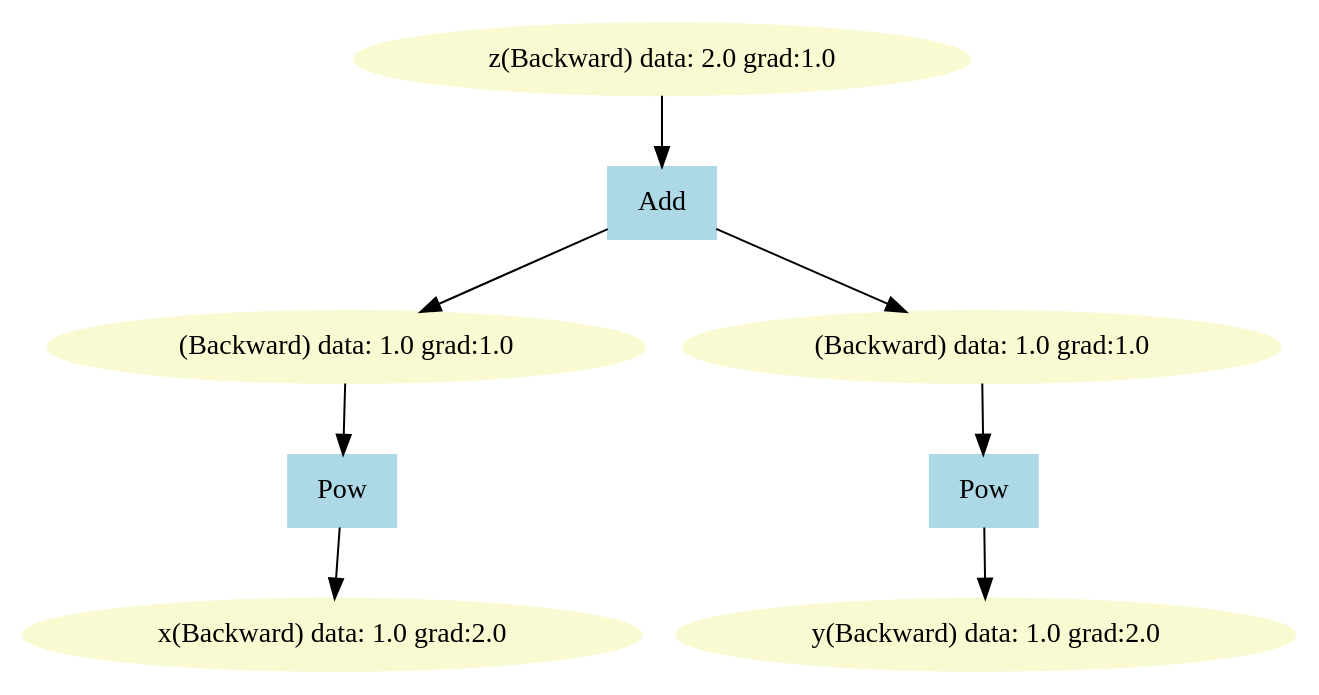
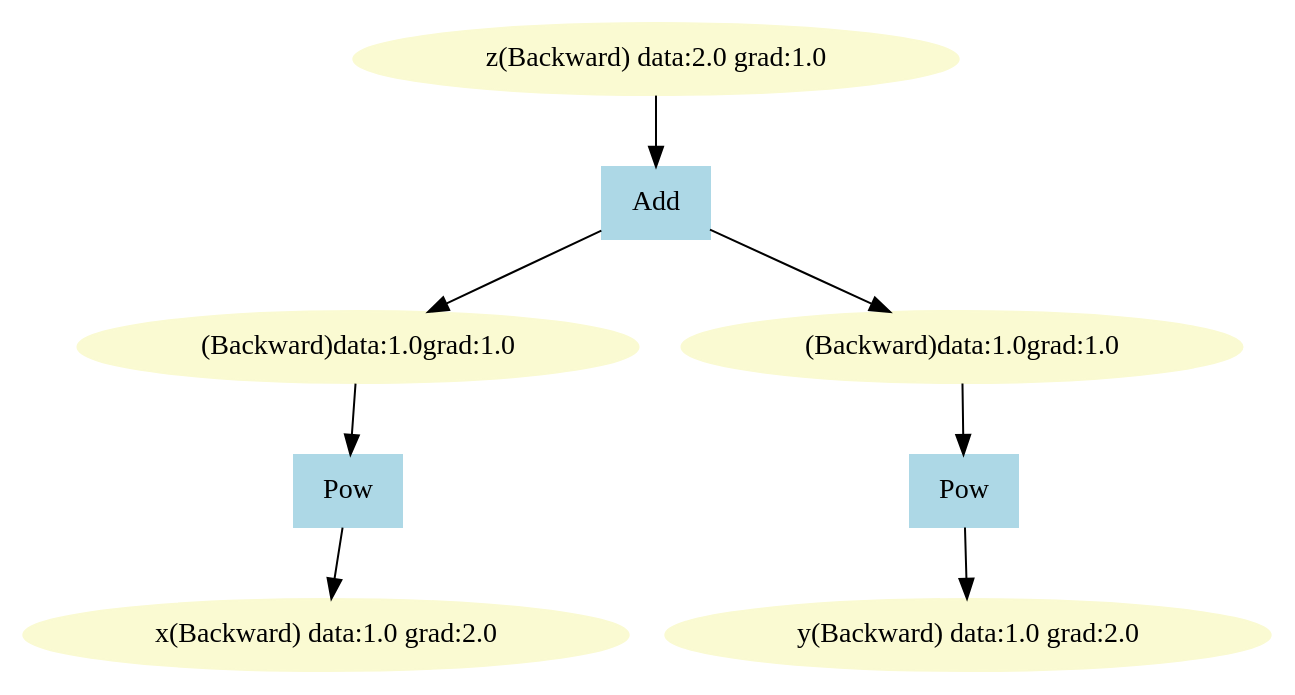
One commit to ZeweiLi999/Large_Model_From_None changed the diagram in LearnTorch_ALL/TeachImage/CGMap/sphereBackward.dot. Above: the diagram before and after it, drawn with Graphviz. The commit also changed 47 other files, not shown here.

Commit message:
1.支持自动计算高阶导数，重写多个函数mul sub pow sin，新增cos函数 ；2.添加新可视化图片sin导数和y=x**4导数，新增GIF牛顿法可视化对比；3.重写readme为相对路径引用；4.为VirtualAssistant添加images文件夹

```diff
--- a/LearnTorch_ALL/TeachImage/CGMap/sphereBackward.dot
+++ b/LearnTorch_ALL/TeachImage/CGMap/sphereBackward.dot
@@ -1,17 +1,17 @@
 digraph g {
-2714442466928 [label="z(Backward) data: 2.0 grad:1.0", color=lightgoldenrodyellow, style=filled]
-2714442466736 [label ="Add", color=lightblue, style=filled, shape=box]
-2714442466736 -> 2714442466592
-2714442466736 -> 2714442466784
-2714442466928 -> 2714442466736
-2714442466592 [label="(Backward) data: 1.0 grad:1.0", color=lightgoldenrodyellow, style=filled]
-2714442466784 [label="(Backward) data: 1.0 grad:1.0", color=lightgoldenrodyellow, style=filled]
-2714442466448 [label ="Pow", color=lightblue, style=filled, shape=box]
-2714442466448 -> 2716550835600
-2714442466784 -> 2714442466448
-2716550835600 [label="y(Backward) data: 1.0 grad:2.0", color=lightgoldenrodyellow, style=filled]
-2716550835504 [label ="Pow", color=lightblue, style=filled, shape=box]
-2716550835504 -> 2716550835648
-2714442466592 -> 2716550835504
-2716550835648 [label="x(Backward) data: 1.0 grad:2.0", color=lightgoldenrodyellow, style=filled]
+Backward2667169647728 [label="z(Backward) data:2.0 grad:1.0", color=lightgoldenrodyellow, style=filled]
+Backward2667169647536 [label ="Add", color=lightblue, style=filled, shape=box]
+Backward2667169647536 -> Backward2667169647392
+Backward2667169647536 -> Backward2667169647584
+Backward2667169647728 -> Backward2667169647536
+Backward2667169647392 [label="(Backward)data:1.0grad:1.0", color=lightgoldenrodyellow, style=filled]
+Backward2667169647584 [label="(Backward)data:1.0grad:1.0", color=lightgoldenrodyellow, style=filled]
+Backward2667169647344 [label ="Pow", color=lightblue, style=filled, shape=box]
+Backward2667169647344 -> Backward2667152493296
+Backward2667169647584 -> Backward2667169647344
+Backward2667152493296 [label="y(Backward) data:1.0 grad:2.0", color=lightgoldenrodyellow, style=filled]
+Backward2667152493248 [label ="Pow", color=lightblue, style=filled, shape=box]
+Backward2667152493248 -> Backward2667152493344
+Backward2667169647392 -> Backward2667152493248
+Backward2667152493344 [label="x(Backward) data:1.0 grad:2.0", color=lightgoldenrodyellow, style=filled]
 }
```
